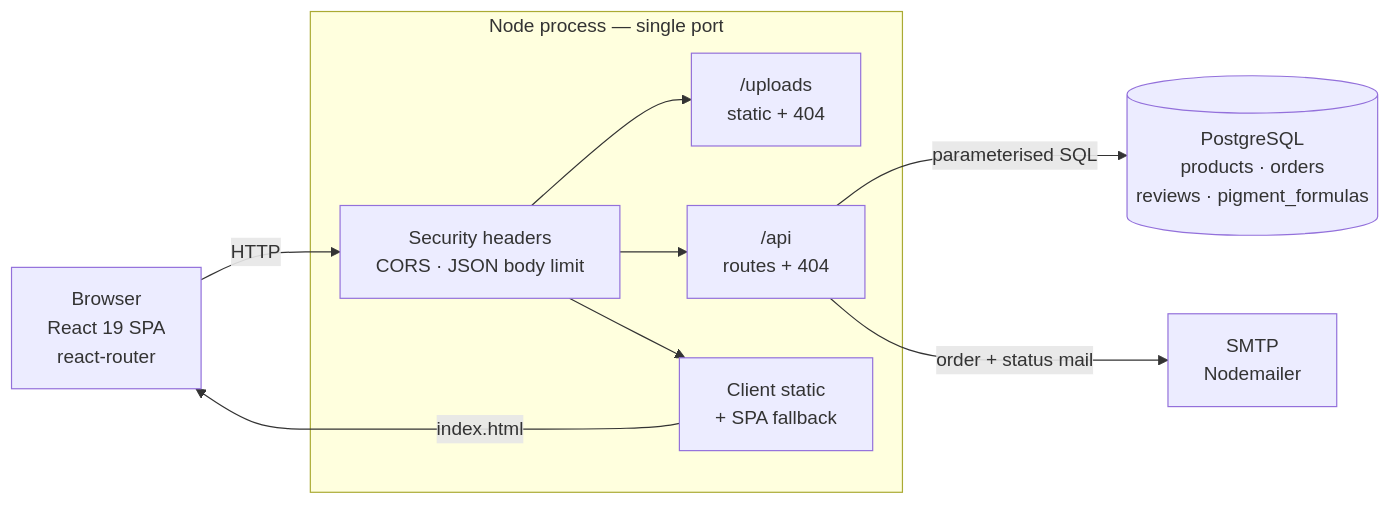
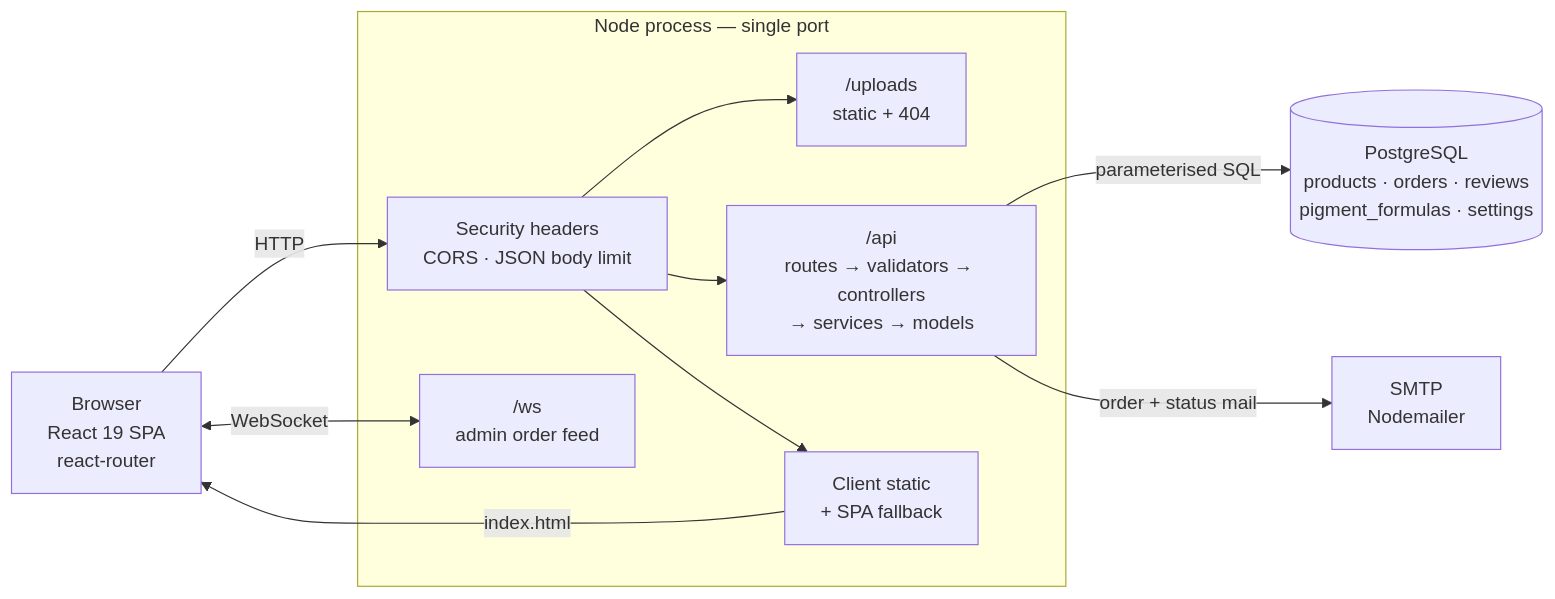
Before and after one commit to idand2459-dot/tamburia-store: the diagram in README.md, drawn with Mermaid. The commit also changed other lines of this file and 2 other files, not shown here.

First line of the commit message:
docs: ARCHITECTURE.md, an accurate README, the photo runbook in docs/

````diff
--- a/README.md
+++ b/README.md
@@ -132,22 +113,24 @@
 ```mermaid
 flowchart LR
     B["Browser<br/>React 19 SPA<br/>react-router"]
 
     subgraph S["Node process — single port"]
         H["Security headers<br/>CORS · JSON body limit"]
         U["/uploads<br/>static + 404"]
-        A["/api<br/>routes + 404"]
+        A["/api<br/>routes → validators → controllers<br/>→ services → models"]
+        W["/ws<br/>admin order feed"]
         C["Client static<br/>+ SPA fallback"]
     end
 
-    DB[("PostgreSQL<br/>products · orders<br/>reviews · pigment_formulas")]
+    DB[("PostgreSQL<br/>products · orders · reviews<br/>pigment_formulas · settings")]
     M["SMTP<br/>Nodemailer"]
 
     B -->|"HTTP"| H
     H --> U
     H --> A
     H --> C
+    B <-->|"WebSocket"| W
     A -->|"parameterised SQL"| DB
     A -->|"order + status mail"| M
     C -->|"index.html"| B
 ```
````
